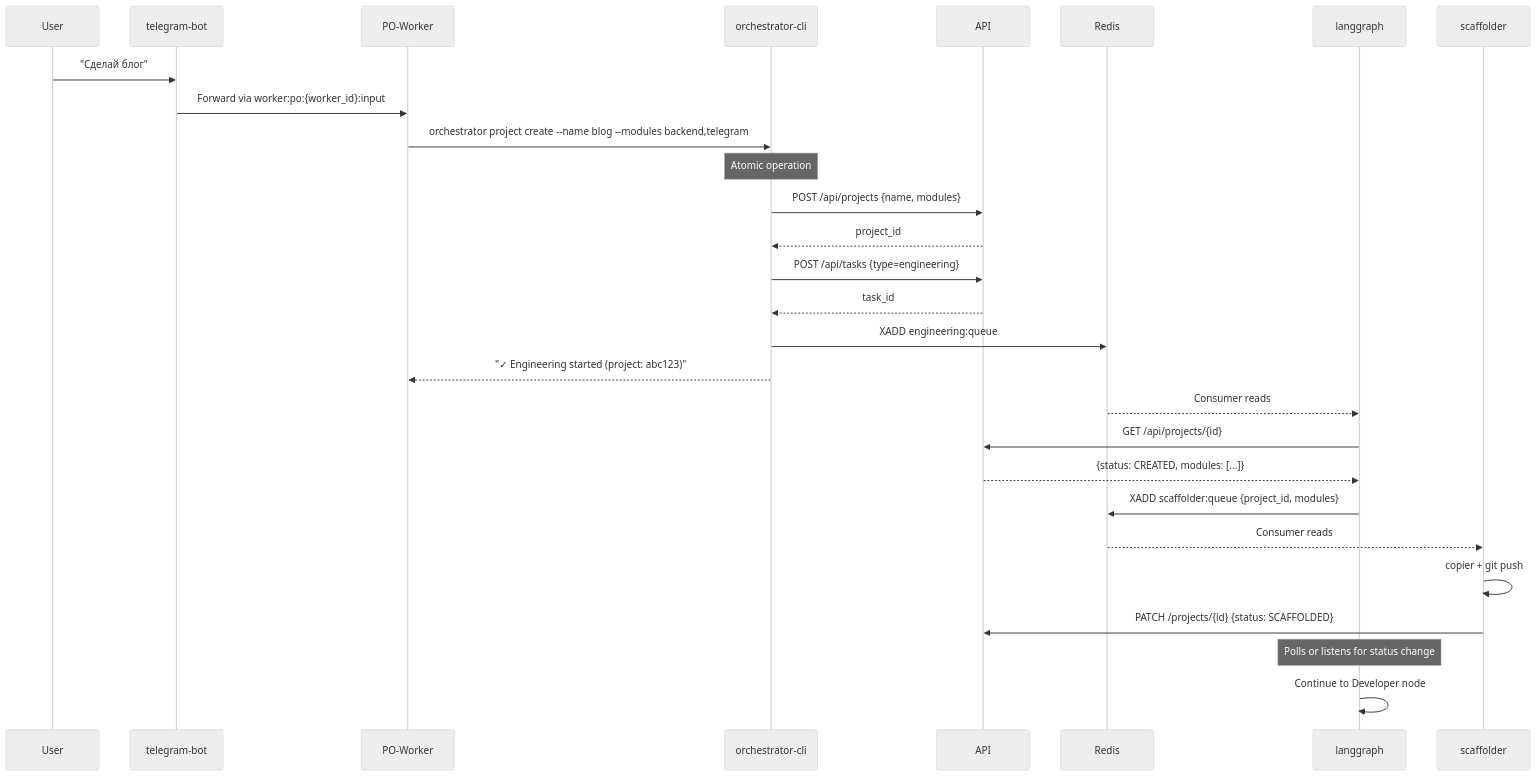
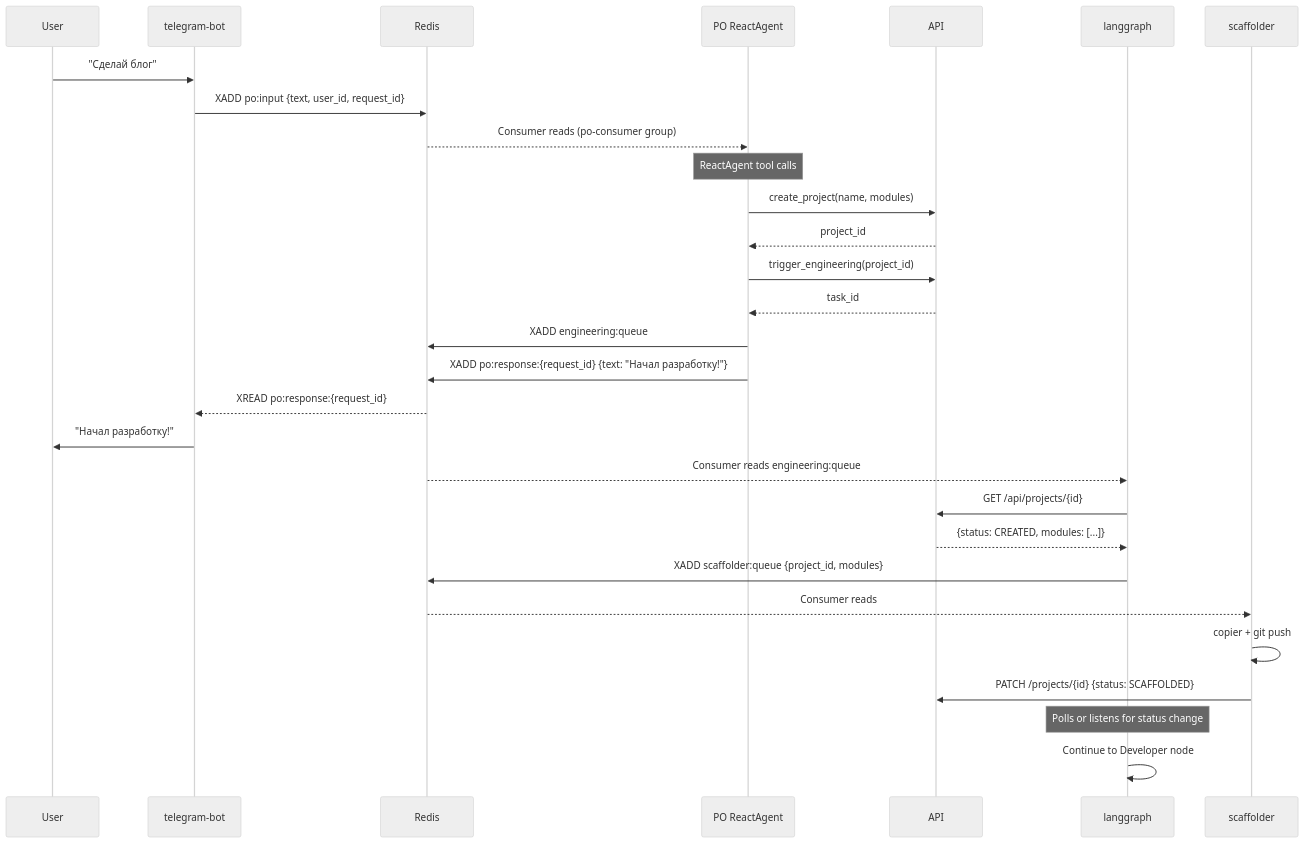
Before and after one commit to vladmesh/codegen_orchestrator: the first of 2 diagrams in docs/CONTRACTS.md, drawn with Mermaid (neutral theme). The commit also changed other lines of this file and 6 other files, not shown here.

First line of the commit message:
feat: replace container-based PO with direct Redis stream flow (Phase 2.1)

````diff
--- a/docs/CONTRACTS.md
+++ b/docs/CONTRACTS.md
@@ -130,33 +130,34 @@
 ```mermaid
 sequenceDiagram
     participant User
     participant TG as telegram-bot
-    participant PO as PO-Worker
-    participant CLI as orchestrator-cli
+    participant Redis
+    participant PO as PO ReactAgent
     participant API
-    participant Redis
     participant LG as langgraph
     participant Scaff as scaffolder
 
     User->>TG: "Сделай блог"
-    TG->>PO: Forward via worker:po:{worker_id}:input
-    PO->>CLI: orchestrator project create --name blog --modules backend,telegram
-    
-    Note over CLI: Atomic operation
-    CLI->>API: POST /api/projects {name, modules}
-    API-->>CLI: project_id
-    CLI->>API: POST /api/tasks {type=engineering}
-    API-->>CLI: task_id
-    CLI->>Redis: XADD engineering:queue
-    CLI-->>PO: "✓ Engineering started (project: abc123)"
-    
-    Redis-->>LG: Consumer reads
+    TG->>Redis: XADD po:input {text, user_id, request_id}
+    Redis-->>PO: Consumer reads (po-consumer group)
+
+    Note over PO: ReactAgent tool calls
+    PO->>API: create_project(name, modules)
+    API-->>PO: project_id
+    PO->>API: trigger_engineering(project_id)
+    API-->>PO: task_id
+    PO->>Redis: XADD engineering:queue
+    PO->>Redis: XADD po:response:{request_id} {text: "Начал разработку!"}
+    Redis-->>TG: XREAD po:response:{request_id}
+    TG->>User: "Начал разработку!"
+
+    Redis-->>LG: Consumer reads engineering:queue
     LG->>API: GET /api/projects/{id}
     API-->>LG: {status: CREATED, modules: [...]}
     LG->>Redis: XADD scaffolder:queue {project_id, modules}
     Redis-->>Scaff: Consumer reads
     Scaff->>Scaff: copier + git push
     Scaff->>API: PATCH /projects/{id} {status: SCAFFOLDED}
     Note over LG: Polls or listens for status change
     LG->>LG: Continue to Developer node
 ```
````
